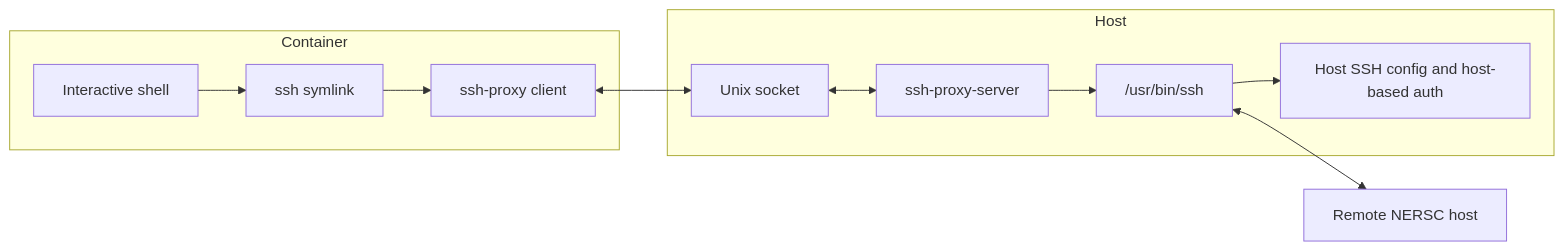
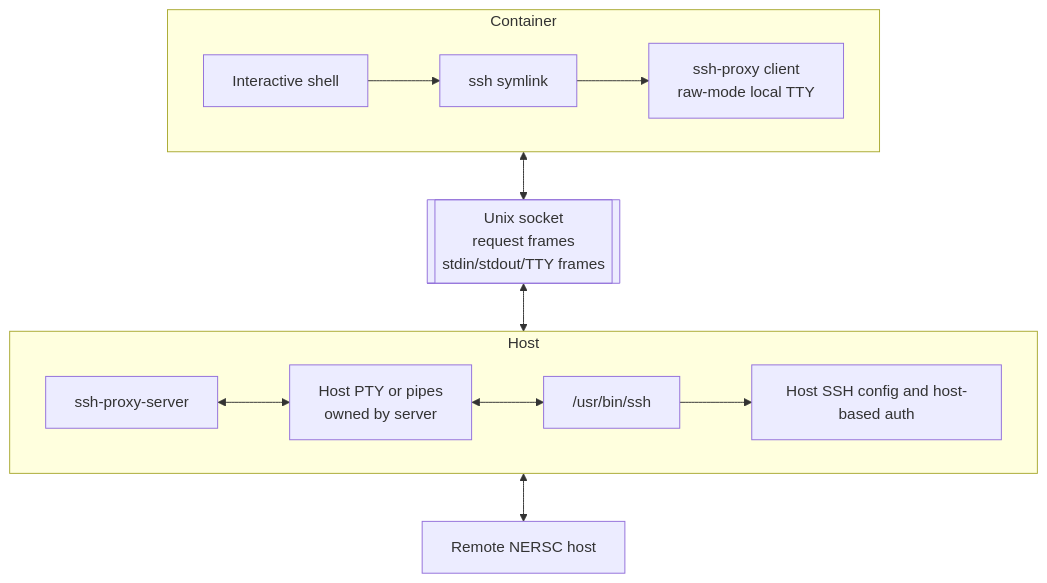
Before and after one commit to NERSC/perlmutter-desktop-containers: the diagram in container/slurm-cli-proxy/cmd/ssh-proxy/README.md, drawn with Mermaid. The commit also changed 7 other files, not shown here.

Commit message:
Add noVNC Unix socket transport mode

````diff
--- a/container/slurm-cli-proxy/cmd/ssh-proxy/README.md
+++ b/container/slurm-cli-proxy/cmd/ssh-proxy/README.md
@@ -17,24 +17,29 @@
 ```mermaid
-flowchart LR
+flowchart TB
     subgraph Container
+        direction LR
         shell["Interactive shell"]
         sshlink["ssh symlink"]
-        client["ssh-proxy client"]
+        client["ssh-proxy client<br/>raw-mode local TTY"]
     end
 
+    socket[["Unix socket<br/>request frames<br/>stdin/stdout/TTY frames"]]
+
     subgraph Host
-        socket["Unix socket"]
+        direction LR
         server["ssh-proxy-server"]
+        hostpty["Host PTY or pipes<br/>owned by server"]
         realssh["/usr/bin/ssh"]
         auth["Host SSH config and host-based auth"]
     end
 
     remote["Remote NERSC host"]
 
     shell --> sshlink --> client
-    client <--> socket
-    socket <--> server
-    server --> realssh
+    Container <--> socket
+    socket <--> Host
+    server <--> hostpty
+    hostpty <--> realssh
     realssh --> auth
     realssh <--> remote
 ```
````
